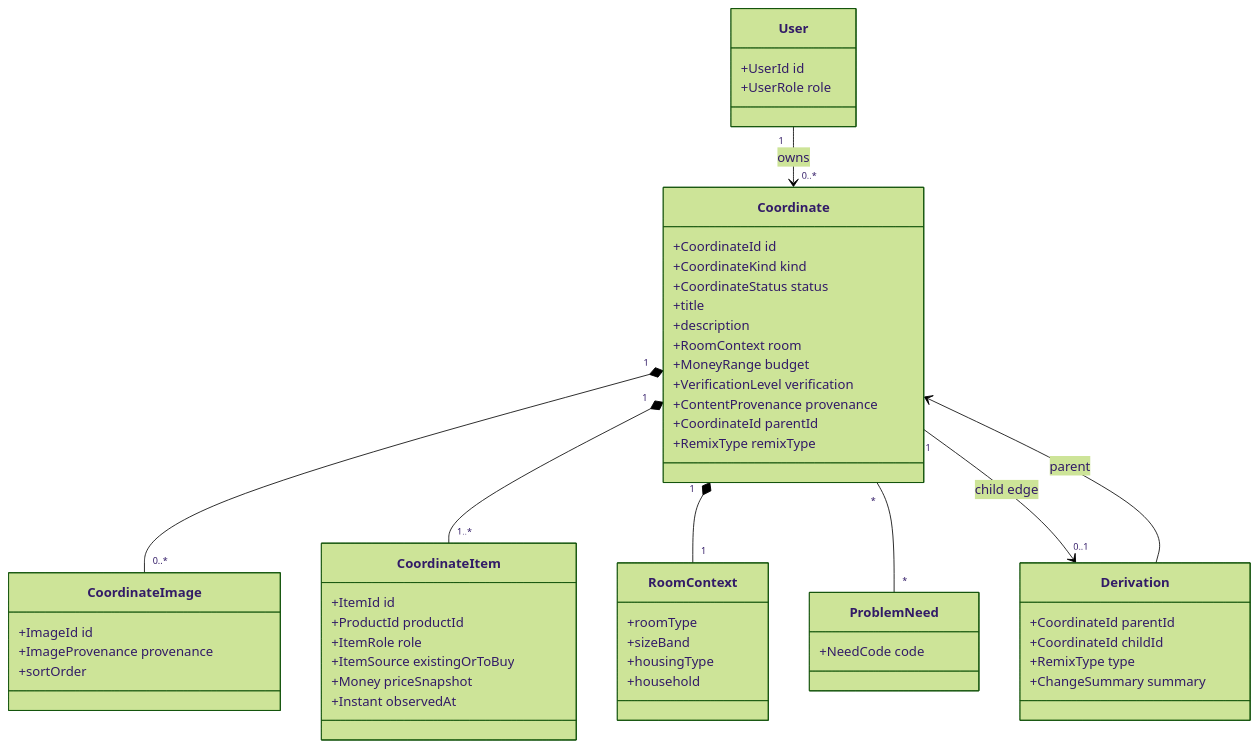
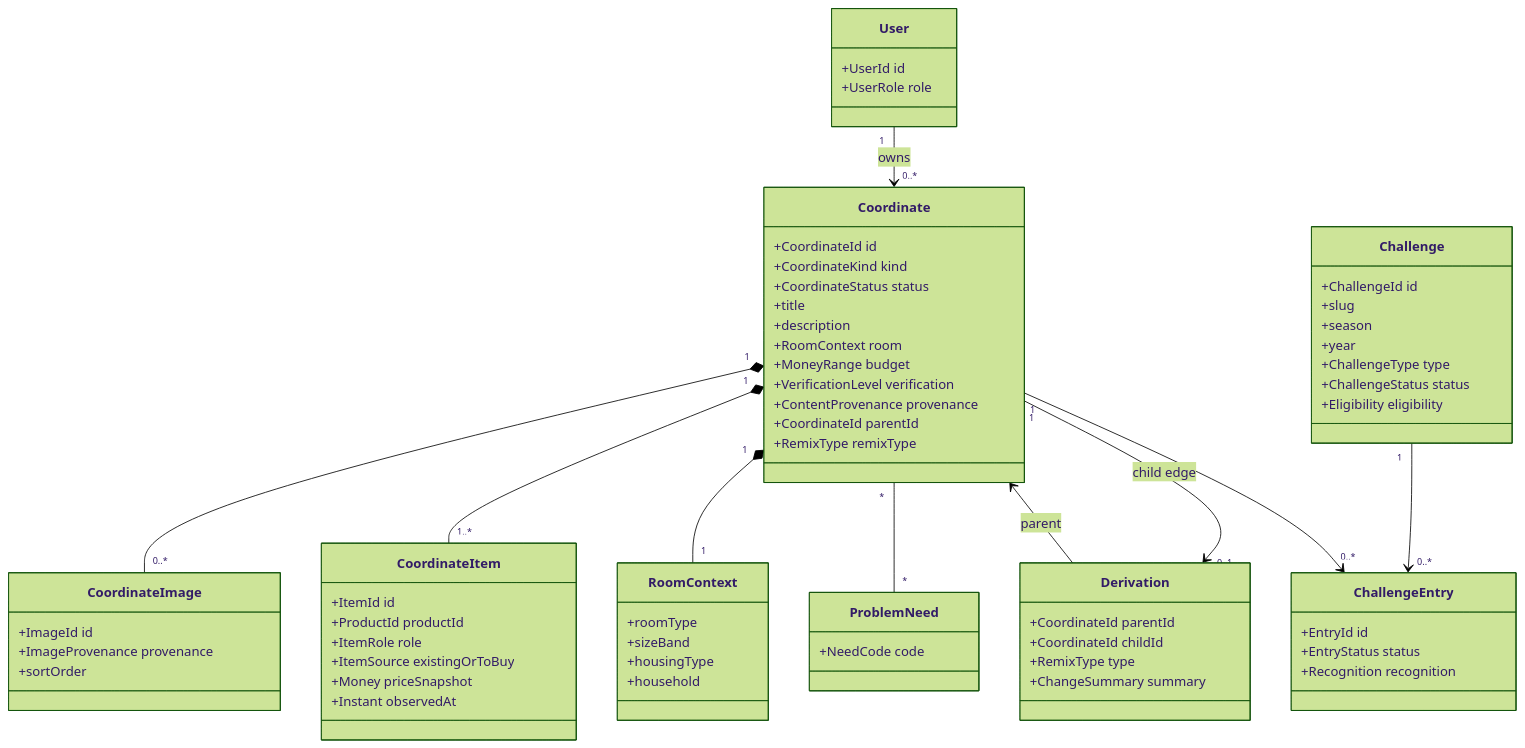
Before and after one commit to Raiden-Blade/room-harmony-community: the first of 2 diagrams in docs/architecture/domain-model.md, drawn with Mermaid (forest theme). The commit also changed other lines of this file and 52 other files, not shown here.

````diff
--- a/docs/architecture/domain-model.md
+++ b/docs/architecture/domain-model.md
@@ -7,55 +7,71 @@
 ```mermaid
 classDiagram
   class Coordinate {
     +CoordinateId id
     +CoordinateKind kind
     +CoordinateStatus status
     +title
     +description
     +RoomContext room
     +MoneyRange budget
     +VerificationLevel verification
     +ContentProvenance provenance
     +CoordinateId parentId
     +RemixType remixType
   }
   class CoordinateImage {
     +ImageId id
     +ImageProvenance provenance
     +sortOrder
   }
   class CoordinateItem {
     +ItemId id
     +ProductId productId
     +ItemRole role
     +ItemSource existingOrToBuy
     +Money priceSnapshot
     +Instant observedAt
   }
   class RoomContext {
     +roomType
     +sizeBand
     +housingType
     +household
   }
   class ProblemNeed {
     +NeedCode code
   }
   class Derivation {
     +CoordinateId parentId
     +CoordinateId childId
     +RemixType type
     +ChangeSummary summary
   }
+  class Challenge {
+    +ChallengeId id
+    +slug
+    +season
+    +year
+    +ChallengeType type
+    +ChallengeStatus status
+    +Eligibility eligibility
+  }
+  class ChallengeEntry {
+    +EntryId id
+    +EntryStatus status
+    +Recognition recognition
+  }
   class User {
     +UserId id
     +UserRole role
   }
   Coordinate "1" *-- "0..*" CoordinateImage
   Coordinate "1" *-- "1..*" CoordinateItem
   Coordinate "1" *-- "1" RoomContext
   Coordinate "*" -- "*" ProblemNeed
   User "1" --> "0..*" Coordinate : owns
   Coordinate "1" --> "0..1" Derivation : child edge
   Derivation --> Coordinate : parent
+  Challenge "1" --> "0..*" ChallengeEntry
+  Coordinate "1" --> "0..*" ChallengeEntry
 ```
````
